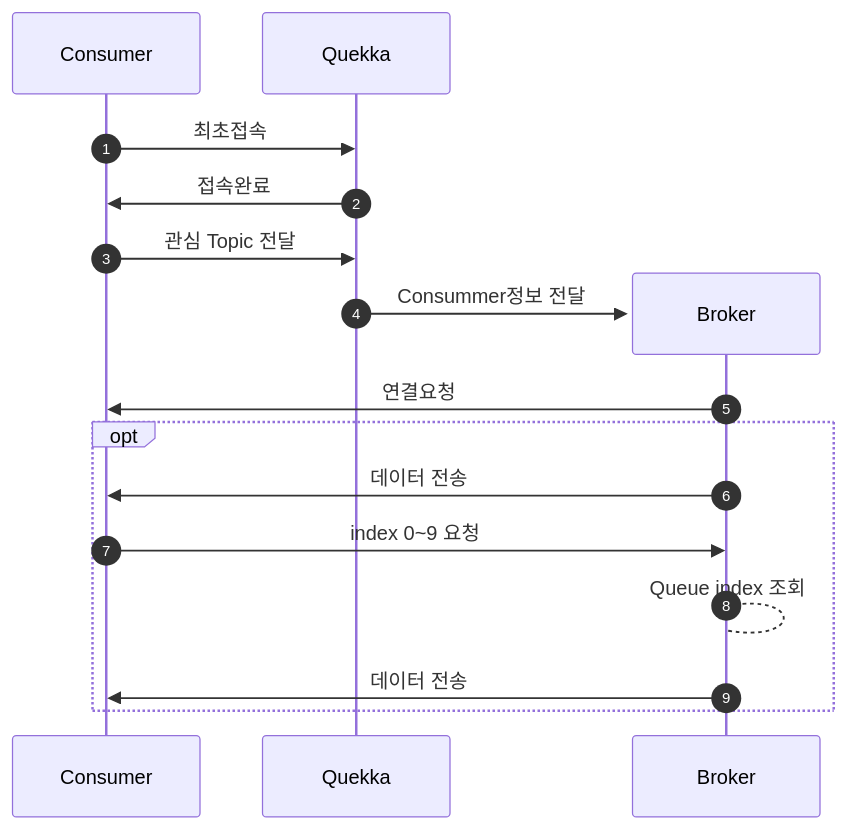
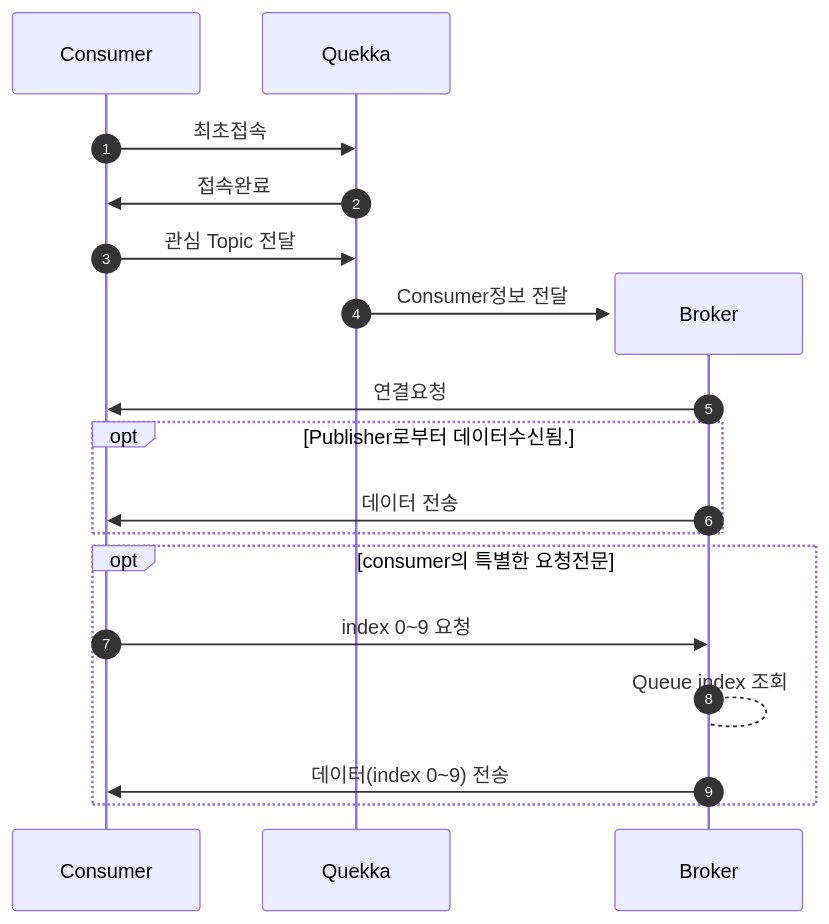
Before and after one commit to unknowoon/tiny-mon: the third of 3 diagrams in QuekkaSequence.md, drawn with Mermaid. The commit also changed other lines of this file, not shown here.

Commit message:
update 합니다.

````diff
--- a/QuekkaSequence.md
+++ b/QuekkaSequence.md
@@ -31,17 +31,19 @@
 ```mermaid
 sequenceDiagram
-    autonumber
+autonumber
 Consumer->>Quekka: 최초접속
 Quekka->>Consumer: 접속완료
 Consumer->>Quekka: 관심 Topic 전달
 create participant Broker
-Quekka->>Broker: Consummer정보 전달
+Quekka->>Broker: Consumer정보 전달
 Broker->>Consumer: 연결요청
-opt 
+opt Publisher로부터 데이터수신됨. 
 Broker->>Consumer: 데이터 전송
+end
+opt consumer의 특별한 요청전문
 Consumer->>Broker: index 0~9 요청
 Broker-->Broker:Queue index 조회
-Broker->>Consumer: 데이터 전송
+Broker->>Consumer: 데이터(index 0~9) 전송
 end
 destroy Broker
 ```
````
